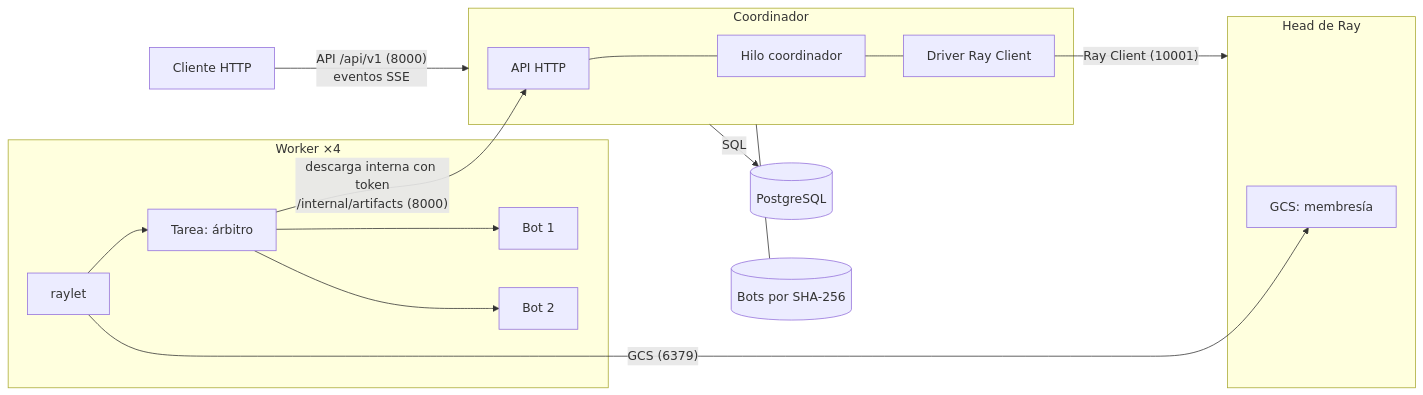
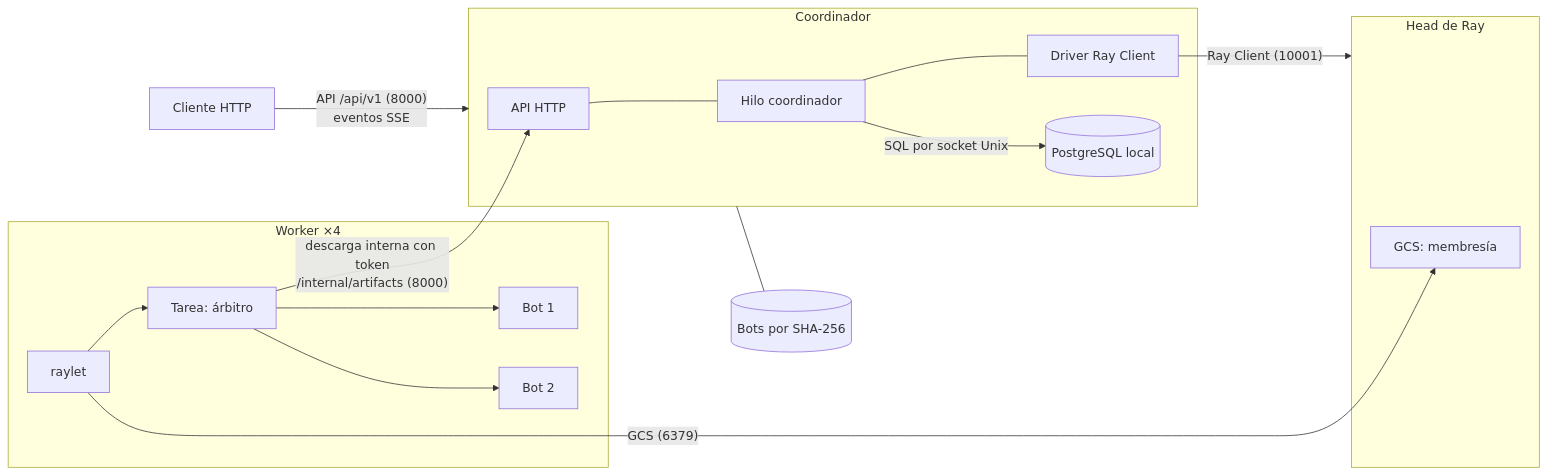
The diagram in doc/architecture.md (Jean1408Man/Tournament-Management), drawn with Mermaid before and after one commit. The commit also changed other lines of this file and 19 other files, not shown here.

Commit message:
feat: refactor Docker deployment to integrate PostgreSQL.

````diff
--- a/doc/architecture.md
+++ b/doc/architecture.md
@@ -11,21 +11,21 @@
 ```mermaid
 flowchart LR
     C[Cliente HTTP] -- "API /api/v1 (8000)<br/>eventos SSE" --> COORD
     subgraph COORD[Coordinador]
         API[API HTTP] --- LOOP[Hilo coordinador]
         LOOP --- DRV[Driver Ray Client]
+        LOOP -- "SQL por socket Unix" --> PG[(PostgreSQL local)]
     end
-    COORD -- "SQL" --> PG[(PostgreSQL)]
     COORD --- ART[(Bots por SHA-256)]
     DRV -- "Ray Client (10001)" --> HEAD
     subgraph HEAD[Head de Ray]
         GCS[GCS: membresía]
     end
     subgraph W[Worker ×4]
         RAY[raylet] --> TASK[Tarea: árbitro]
         TASK --> B1[Bot 1]
         TASK --> B2[Bot 2]
     end
     RAY -- "GCS (6379)" --> GCS
     TASK -- "descarga interna con token<br/>/internal/artifacts (8000)" --> API
 ```
````
